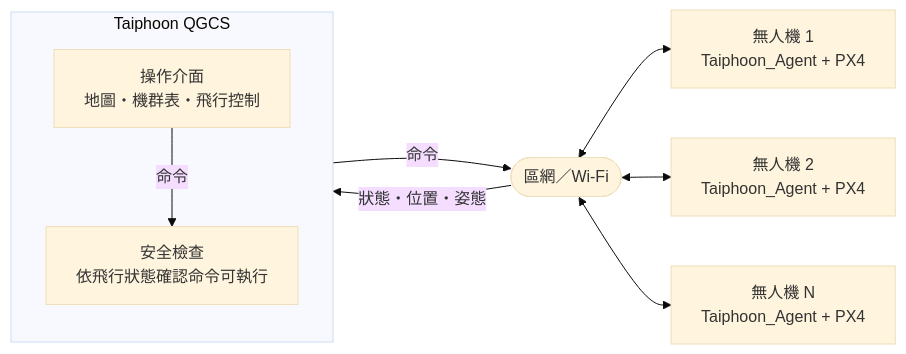
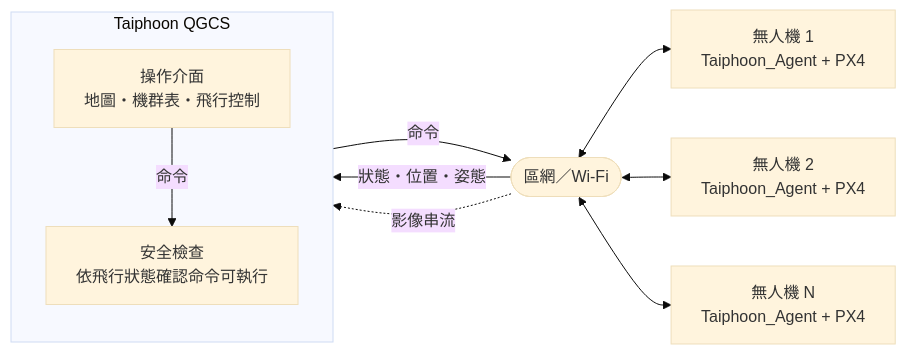
Before and after one commit to Rex-Taiphoon/Taiphoon_QGCS: the diagram in README.md, drawn with Mermaid (base theme). The commit also changed other lines of this file and 25 other files, not shown here.

````diff
--- a/README.md
+++ b/README.md
@@ -147,16 +164,17 @@
 ```mermaid
 flowchart LR
     subgraph QGCS["Taiphoon QGCS"]
         direction TB
         UI["操作介面<br/>地圖・機群表・飛行控制"]
         Guard["安全檢查<br/>依飛行狀態確認命令可執行"]
         UI -- 命令 --> Guard
     end
 
     Guard -- 命令 --> LAN(["區網／Wi-Fi"])
     LAN -- 狀態・位置・姿態 --> UI
+    LAN -. 影像串流 .-> UI
 
     LAN <--> U1["無人機 1<br/>Taiphoon_Agent + PX4"]
     LAN <--> U2["無人機 2<br/>Taiphoon_Agent + PX4"]
     LAN <--> UN["無人機 N<br/>Taiphoon_Agent + PX4"]
 ```
````
